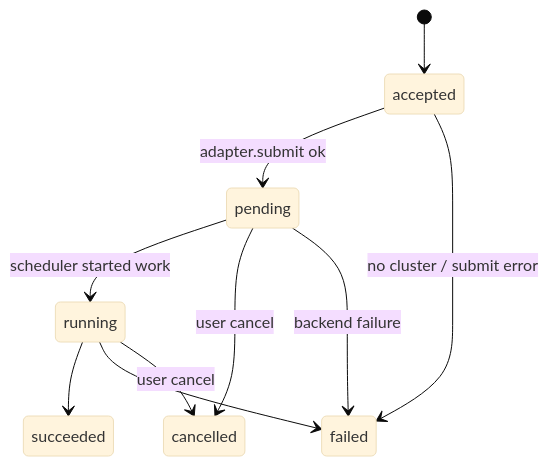
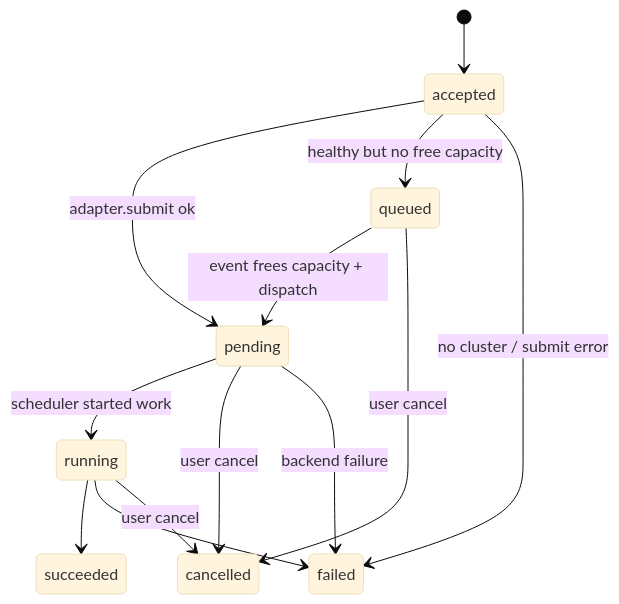
One commit to amanak4/HCP changed the fourth of 6 diagrams in ARCHITECTURE.md. Above: the diagram before and after it, drawn with Mermaid (base theme). The commit also changed other lines of this file and 22 other files, not shown here.

````diff
--- a/ARCHITECTURE.md
+++ b/ARCHITECTURE.md
@@ -139,12 +142,15 @@
 ```mermaid
 stateDiagram-v2
   [*] --> accepted
   accepted --> pending: adapter.submit ok
+  accepted --> queued: healthy but no free capacity
+  queued --> pending: event frees capacity + dispatch
+  queued --> cancelled: user cancel
   accepted --> failed: no cluster / submit error
   pending --> running: scheduler started work
   running --> succeeded
   running --> failed
   pending --> cancelled: user cancel
   running --> cancelled: user cancel
   pending --> failed: backend failure
 ```
````
